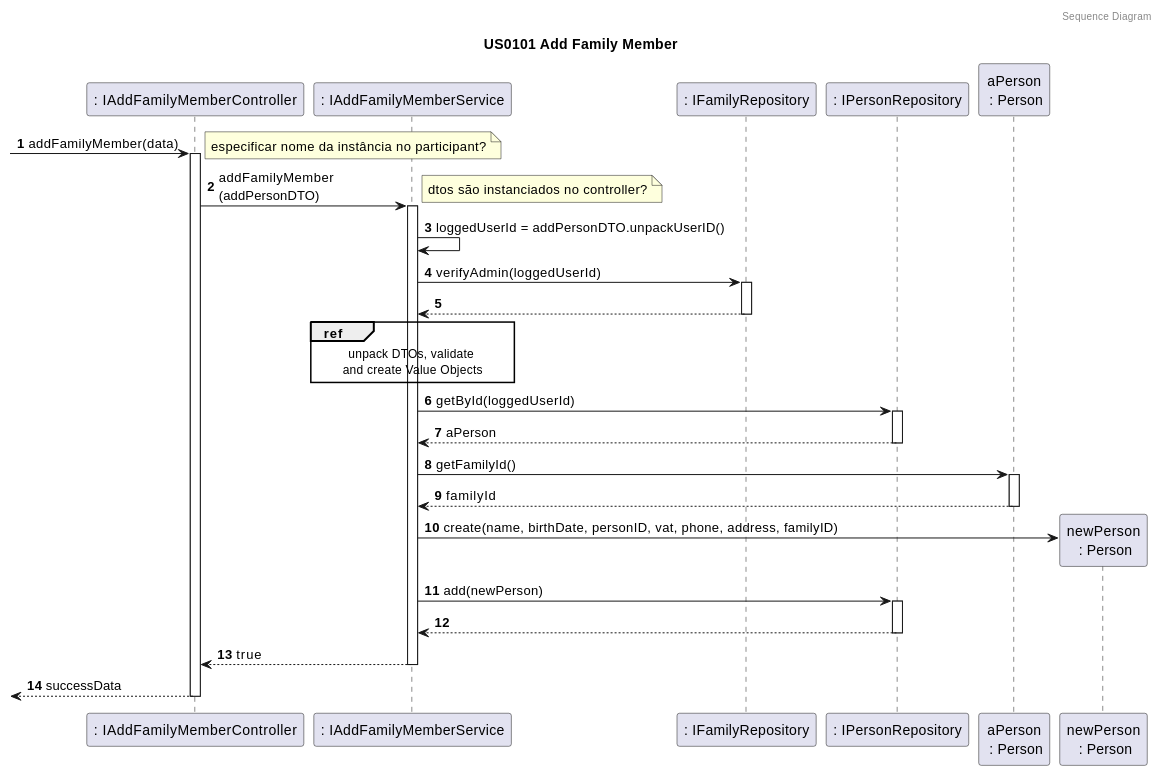
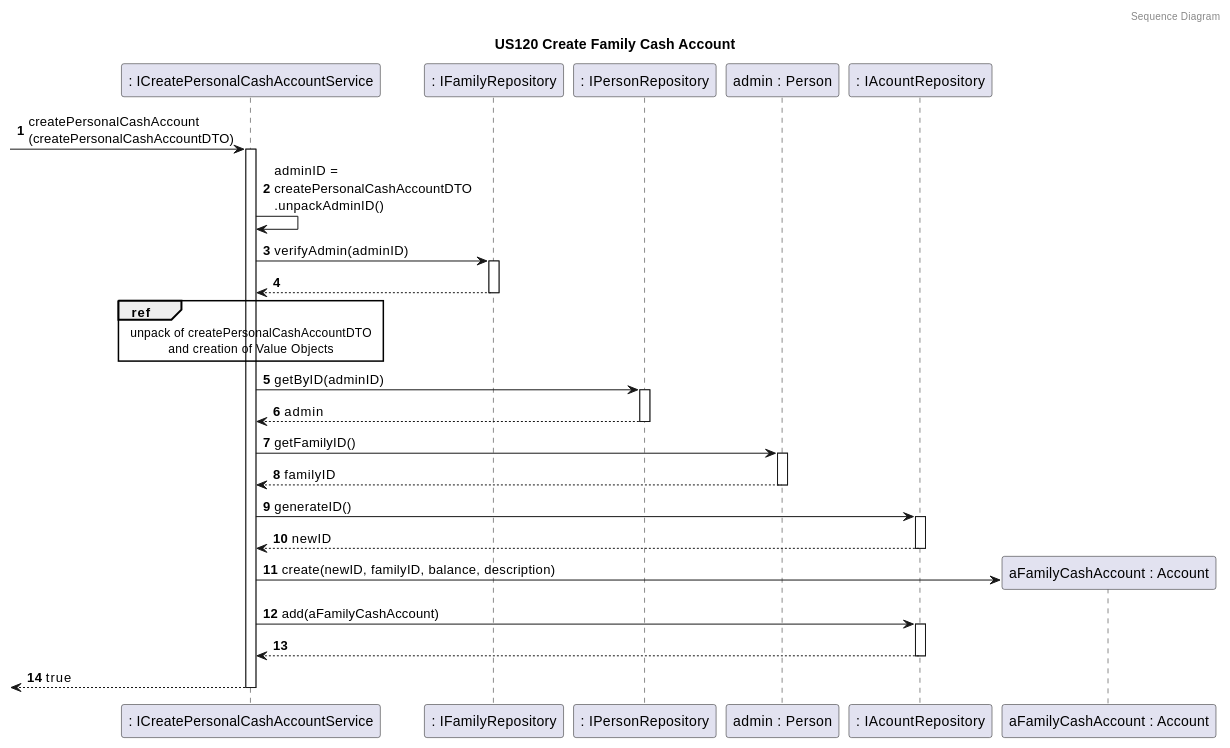
The fourth of 4 diagrams in docs/sprint4/user_stories/US120_CreateFamilyCashAccount.md (tomas-osswald/switch_2020_g3), drawn with PlantUML before and after one commit. The commit also changed 7 other files, not shown here.

`````diff
--- a/docs/sprint4/user_stories/US120_CreateFamilyCashAccount.md
+++ b/docs/sprint4/user_stories/US120_CreateFamilyCashAccount.md
@@ -268,54 +268,50 @@
 ````puml
 @startuml
 
 autonumber
 header Sequence Diagram
-title US0101 Add Family Member
+title US120 Create Family Cash Account
 
-participant ": IAddFamilyMemberController" as controller
-participant ": IAddFamilyMemberService" as AddMemberService
-participant ": IFamilyRepository" as familyRepository
-participant ": IPersonRepository" as personRepository
-participant "aPerson\n : Person" as admin
-participant "newPerson\n : Person" as newPerson
+participant ": ICreatePersonalCashAccountService" as service
+participant ": IFamilyRepository" as frepo
+participant ": IPersonRepository" as prepo
+participant "admin : Person" as admin
+participant ": IAcountRepository" as arepo
+participant "aFamilyCashAccount : Account" as acc
 
+-> service : createPersonalCashAccount\n(createPersonalCashAccountDTO)
+activate service
 
--> controller : addFamilyMember(data)
-activate controller
+service -> service : adminID =\ncreatePersonalCashAccountDTO\n.unpackAdminID()
 
-note left: especificar nome da instância no participant?
-
-controller -> AddMemberService : addFamilyMember\n(addPersonDTO)
-activate AddMemberService
-
-note right: dtos são instanciados no controller?
-
-AddMemberService -> AddMemberService : loggedUserId = addPersonDTO.unpackUserID()
-
-AddMemberService -> familyRepository : verifyAdmin(loggedUserId)
-activate familyRepository
+service -> frepo : verifyAdmin(adminID)
+activate frepo
 return
 
-ref over AddMemberService
-unpack DTOs, validate 
-and create Value Objects
-end ref
+ref over service
+unpack of createPersonalCashAccountDTO
+and creation of Value Objects
+end
 
-AddMemberService -> personRepository : getById(loggedUserId)
-activate personRepository
-return aPerson
+service -> prepo : getByID(adminID)
+activate prepo
+return admin
 
-AddMemberService -> admin : getFamilyId()
+service -> admin : getFamilyID()
 activate admin
-return familyId
+return familyID
 
-AddMemberService-> newPerson** : create(name, birthDate, personID, vat, phone, address, familyID)
+service -> arepo : generateID()
+activate arepo
+return newID
 
-AddMemberService -> personRepository :  add(newPerson)
-activate personRepository 
-return 
+service -> acc** : create(newID, familyID, balance, description)
+
+service -> arepo : add(aFamilyCashAccount)
+activate arepo
+return
+
 return true
-return successData
 
 @enduml
 ````
`````
